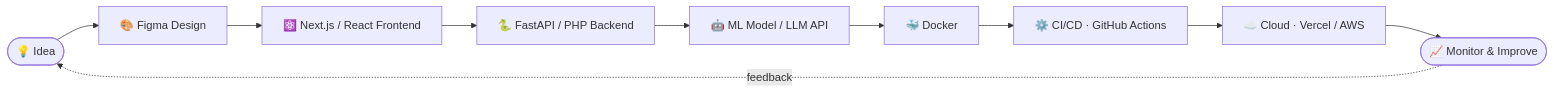
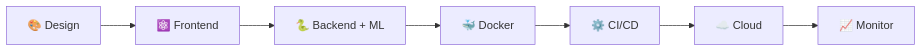
Before and after one commit to Aadhi9345/Aadhi9345: the diagram in README.md, drawn with Mermaid. The commit also changed other lines of this file, not shown here.

````diff
--- a/README.md
+++ b/README.md
@@ -61,12 +60,4 @@
 ```mermaid
 flowchart LR
-    A([💡 Idea]) --> B[🎨 Figma Design]
-    B --> C[⚛️ Next.js / React Frontend]
-    C --> D[🐍 FastAPI / PHP Backend]
-    D --> E[🤖 ML Model / LLM API]
-    E --> F[🐳 Docker]
-    F --> G[⚙️ CI/CD · GitHub Actions]
-    G --> H[☁️ Cloud · Vercel / AWS]
-    H --> I([📈 Monitor & Improve])
-    I -.feedback.-> A
+    A[🎨 Design] --> B[⚛️ Frontend] --> C[🐍 Backend + ML] --> D[🐳 Docker] --> E[⚙️ CI/CD] --> F[☁️ Cloud] --> G[📈 Monitor]
 ```
````
